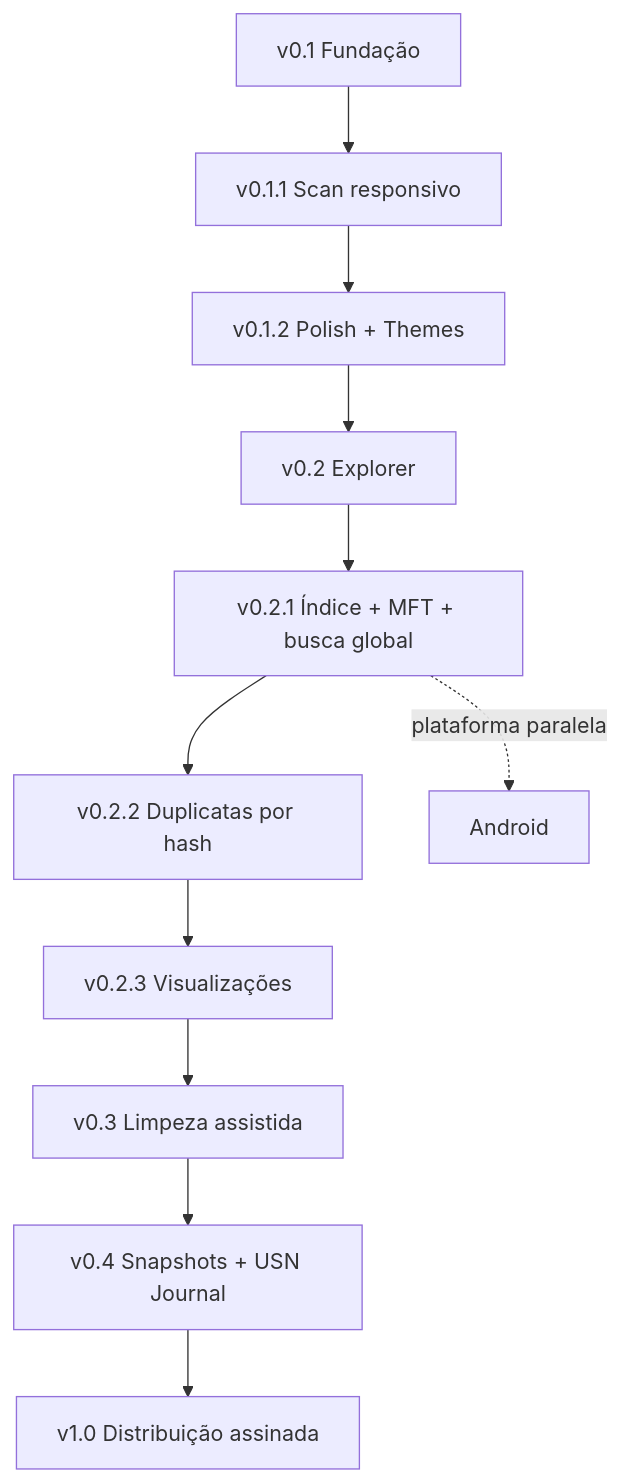
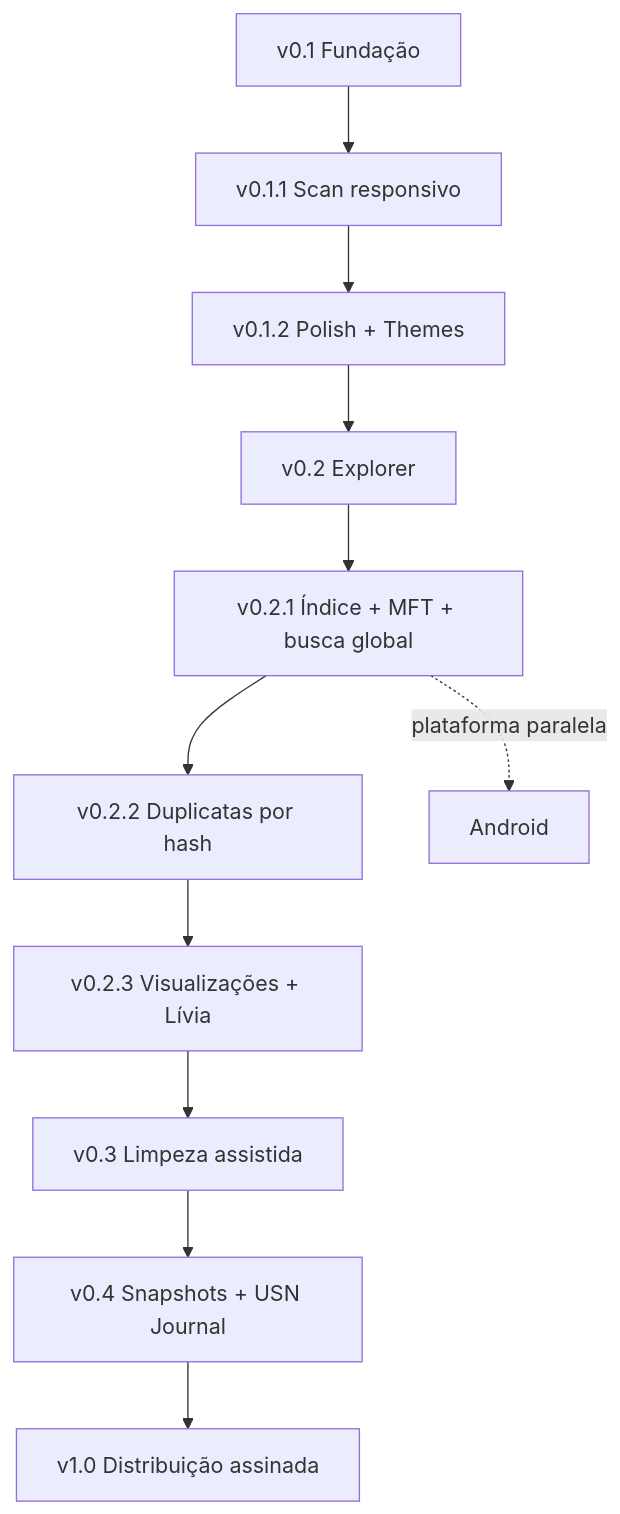
One commit to tombemol/L.I.V.I.A changed the fifth of 5 diagrams in README.md. Above: the diagram before and after it, drawn with Mermaid. The commit also changed other lines of this file, not shown here.

````diff
--- a/README.md
+++ b/README.md
@@ -220,13 +260,13 @@
 ```mermaid
 flowchart TD
     A[v0.1 Fundação] --> B[v0.1.1 Scan responsivo]
     B --> C[v0.1.2 Polish + Themes]
     C --> D[v0.2 Explorer]
     D --> E[v0.2.1 Índice + MFT + busca global]
     E --> F[v0.2.2 Duplicatas por hash]
-    F --> V[v0.2.3 Visualizações]
+    F --> V[v0.2.3 Visualizações + Lívia]
     V --> G[v0.3 Limpeza assistida]
     G --> H[v0.4 Snapshots + USN Journal]
     H --> I[v1.0 Distribuição assinada]
     E -. plataforma paralela .-> J[Android]
 ```
````
